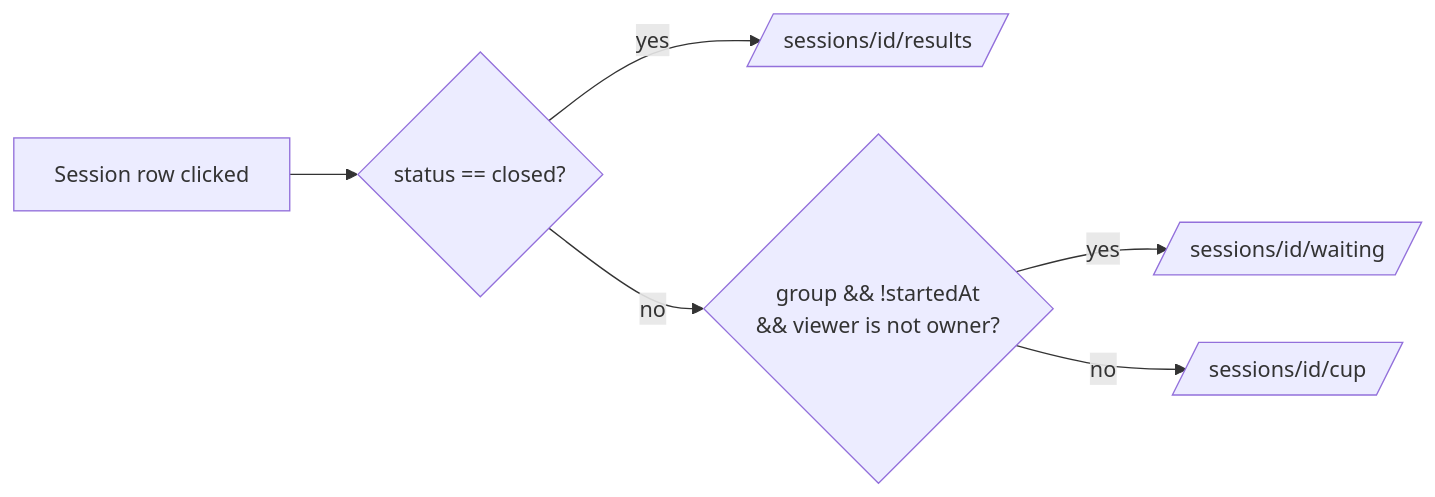
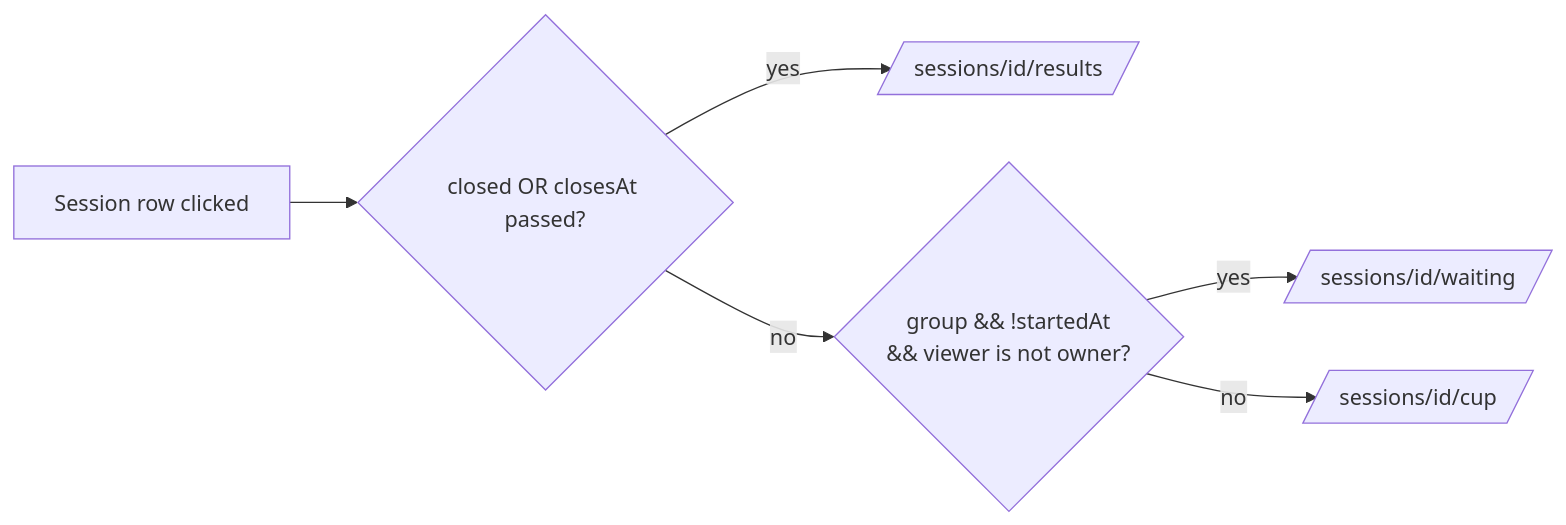
Before and after one commit to ricardovelezd27/cata-cafe: the fifth of 10 diagrams in docs/flows.md, drawn with Mermaid. The commit also changed other lines of this file and 2 other files, not shown here.

Commit message:
S8-01 T13: runbook §10, flows.md expiry rule and written list, CLAUDE.md RLS line

````diff
--- a/docs/flows.md
+++ b/docs/flows.md
@@ -216,8 +245,8 @@
 ```mermaid
 flowchart LR
-    A[Session row clicked] --> B{status == closed?}
+    A[Session row clicked] --> B{closed OR closesAt passed?}
     B -- yes --> R[/sessions/id/results/]
     B -- no --> C{group && !startedAt\n&& viewer is not owner?}
     C -- yes --> W[/sessions/id/waiting/]
     C -- no --> K[/sessions/id/cup/]
 ```
````
